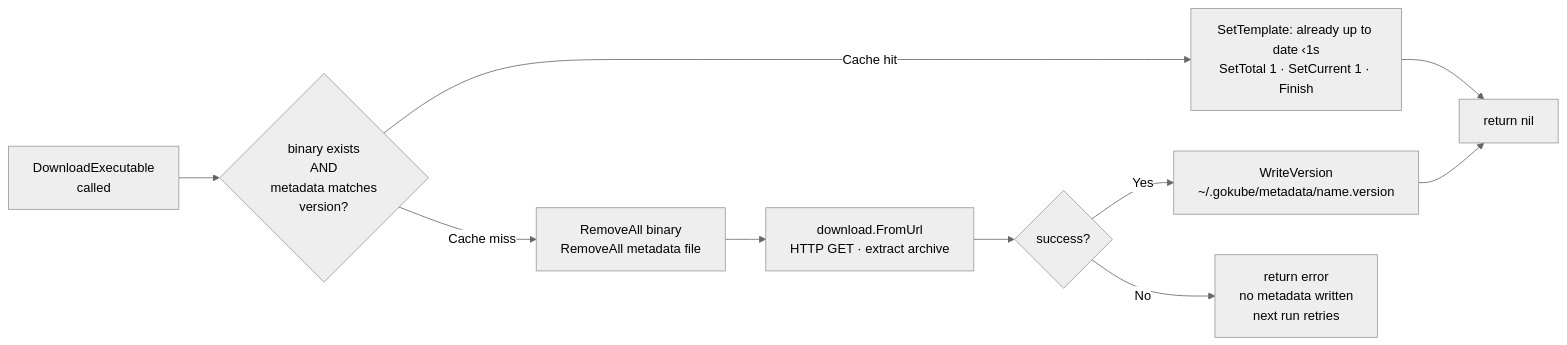
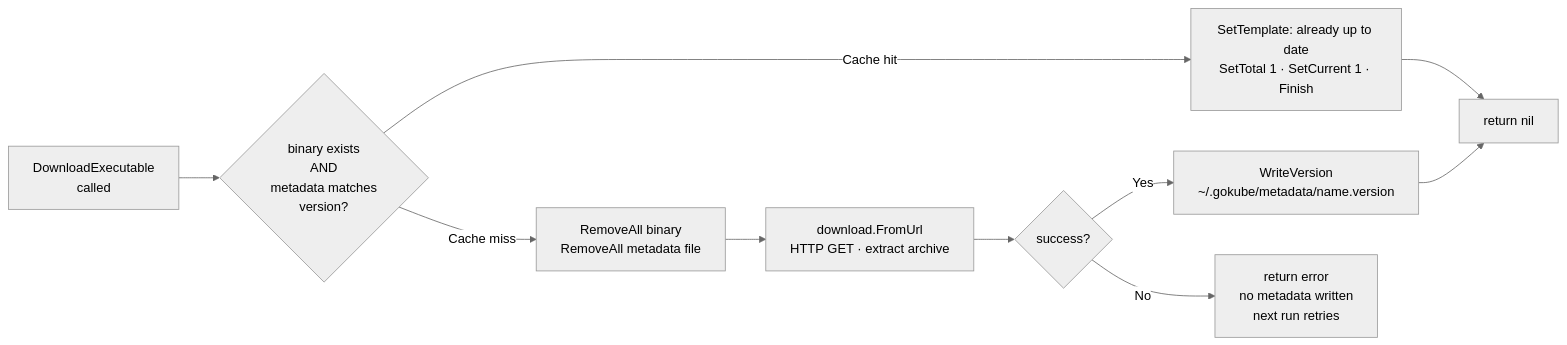
Before and after one commit to prateeksharma2988/gokube: the second of 2 diagrams in docs/hackathon-submission.md, drawn with Mermaid (neutral theme). The commit also changed other lines of this file and 1 other file, not shown here.

````diff
--- a/docs/hackathon-submission.md
+++ b/docs/hackathon-submission.md
@@ -281,12 +316,12 @@
 ```mermaid
 flowchart LR
     A[DownloadExecutable\ncalled] --> B{binary exists\nAND\nmetadata matches\nversion?}
-    B -->|Cache hit| C[SetTemplate: already up to date ‹1s\nSetTotal 1 · SetCurrent 1 · Finish]
+    B -->|Cache hit| C[SetTemplate: already up to date\nSetTotal 1 · SetCurrent 1 · Finish]
     C --> D[return nil]
     B -->|Cache miss| E[RemoveAll binary\nRemoveAll metadata file]
     E --> F[download.FromUrl\nHTTP GET · extract archive]
     F --> G{success?}
     G -->|Yes| H[WriteVersion\n~/.gokube/metadata/name.version]
     G -->|No| I[return error\nno metadata written\nnext run retries]
     H --> D
 ```
````
